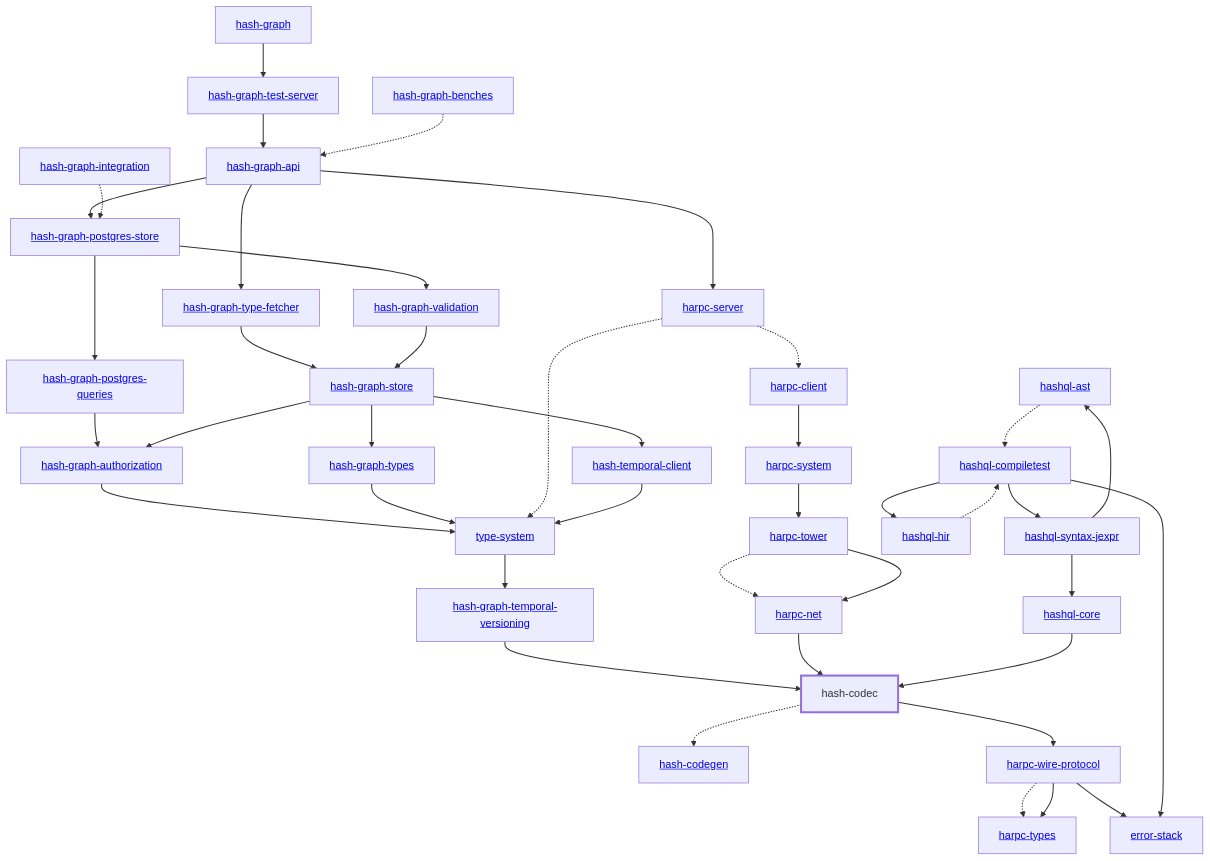
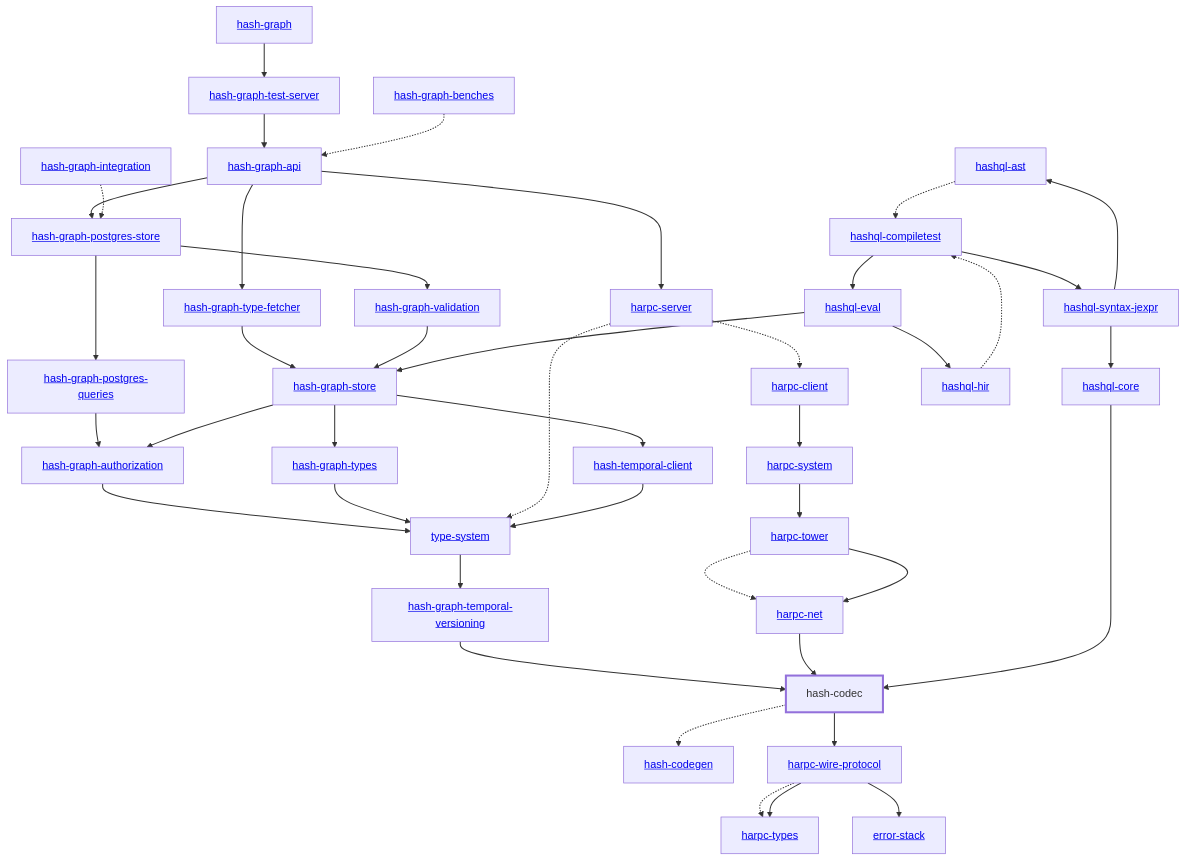
The diagram in libs/@local/codec/docs/dependency-diagram.mmd (hashintel/hash), drawn with Mermaid before and after one commit. The commit also changed 17 other files, not shown here.

Commit message:
chore: update dependency diagram

```diff
--- a/libs/@local/codec/docs/dependency-diagram.mmd
+++ b/libs/@local/codec/docs/dependency-diagram.mmd
@@ -1,81 +1,83 @@
 graph TD
     linkStyle default stroke-width:1.5px
     classDef default stroke-width:1px
     classDef root stroke-width:3px
     classDef dev stroke-width:1px
     classDef build stroke-width:1px
     %% Legend
     %% --> : Normal dependency
     %% -.-> : Dev dependency
     %% ---> : Build dependency
     0[<a href="../hash_graph">hash-graph</a>]
     1[<a href="../type_system">type-system</a>]
     2[hash-codec]
     class 2 root
     3[<a href="../hash_codegen">hash-codegen</a>]
     4[<a href="../hash_graph_api">hash-graph-api</a>]
     5[<a href="../hash_graph_authorization">hash-graph-authorization</a>]
     6[<a href="../hash_graph_postgres_queries">hash-graph-postgres-queries</a>]
     7[<a href="../hash_graph_postgres_store">hash-graph-postgres-store</a>]
     8[<a href="../hash_graph_store">hash-graph-store</a>]
     9[<a href="../hash_graph_temporal_versioning">hash-graph-temporal-versioning</a>]
     10[<a href="../hash_graph_test_server">hash-graph-test-server</a>]
     11[<a href="../hash_graph_type_fetcher">hash-graph-type-fetcher</a>]
     12[<a href="../hash_graph_types">hash-graph-types</a>]
     13[<a href="../hash_graph_validation">hash-graph-validation</a>]
     14[<a href="../harpc_client">harpc-client</a>]
     15[<a href="../harpc_net">harpc-net</a>]
     16[<a href="../harpc_server">harpc-server</a>]
     17[<a href="../harpc_system">harpc-system</a>]
     18[<a href="../harpc_tower">harpc-tower</a>]
     19[<a href="../harpc_types">harpc-types</a>]
     20[<a href="../harpc_wire_protocol">harpc-wire-protocol</a>]
     21[<a href="../hashql_ast">hashql-ast</a>]
     22[<a href="../hashql_compiletest">hashql-compiletest</a>]
     23[<a href="../hashql_core">hashql-core</a>]
-    24[<a href="../hashql_hir">hashql-hir</a>]
-    25[<a href="../hashql_syntax_jexpr">hashql-syntax-jexpr</a>]
-    26[<a href="../hash_temporal_client">hash-temporal-client</a>]
-    27[<a href="../error_stack">error-stack</a>]
-    28[<a href="../hash_graph_benches">hash-graph-benches</a>]
-    29[<a href="../hash_graph_integration">hash-graph-integration</a>]
+    24[<a href="../hashql_eval">hashql-eval</a>]
+    25[<a href="../hashql_hir">hashql-hir</a>]
+    26[<a href="../hashql_syntax_jexpr">hashql-syntax-jexpr</a>]
+    27[<a href="../hash_temporal_client">hash-temporal-client</a>]
+    28[<a href="../error_stack">error-stack</a>]
+    29[<a href="../hash_graph_benches">hash-graph-benches</a>]
+    30[<a href="../hash_graph_integration">hash-graph-integration</a>]
     0 --> 10
     1 --> 9
     2 -.-> 3
     2 --> 20
     4 --> 7
     4 --> 11
     4 --> 16
     5 --> 1
     6 --> 5
     7 --> 6
     7 --> 13
     8 --> 5
     8 --> 12
-    8 --> 26
+    8 --> 27
     9 --> 2
     10 --> 4
     11 --> 8
     12 --> 1
     13 --> 8
     14 --> 17
     15 --> 2
     16 -.-> 1
     16 -.-> 14
     17 --> 18
     18 -.-> 15
     18 --> 15
     20 -.-> 19
     20 --> 19
-    20 --> 27
+    20 --> 28
     21 -.-> 22
     22 --> 24
-    22 --> 25
-    22 --> 27
+    22 --> 26
     23 --> 2
-    24 -.-> 22
-    25 --> 21
-    25 --> 23
-    26 --> 1
-    28 -.-> 4
-    29 -.-> 7
+    24 --> 8
+    24 --> 25
+    25 -.-> 22
+    26 --> 21
+    26 --> 23
+    27 --> 1
+    29 -.-> 4
+    30 -.-> 7
```
